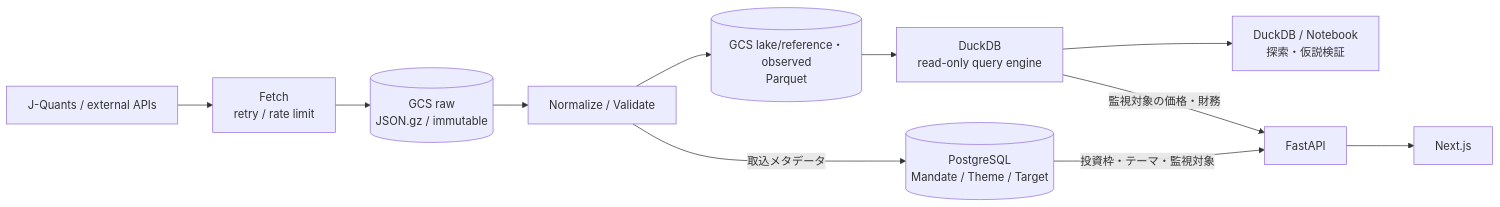
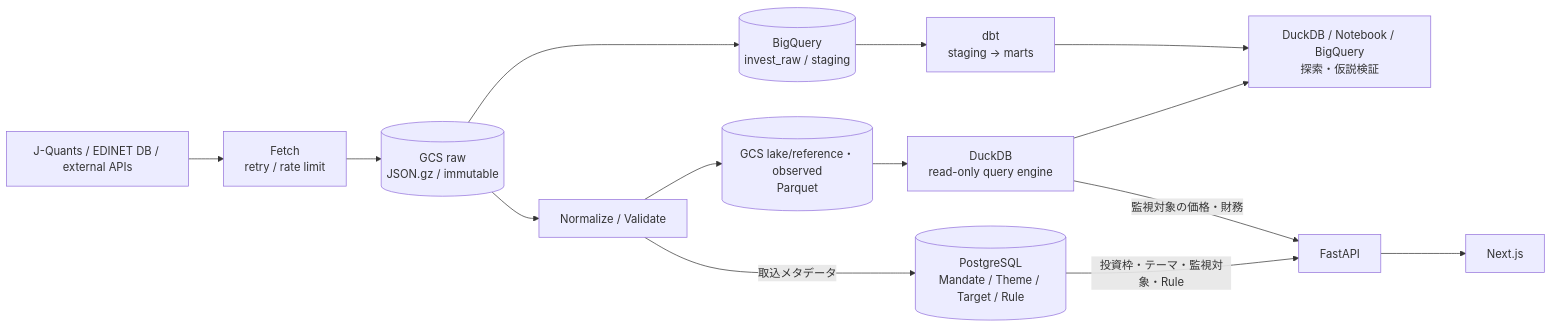
Before and after one commit to 3110mmn/invest-monitoring-platform: the diagram in docs/data/design-principles.md, drawn with Mermaid. The commit also changed other lines of this file and 89 other files, not shown here.

````diff
--- a/docs/data/design-principles.md
+++ b/docs/data/design-principles.md
@@ -101,23 +146,26 @@
 ```mermaid
 flowchart LR
-    Sources["J-Quants / external APIs"]
+    Sources["J-Quants / EDINET DB / external APIs"]
     Fetch["Fetch<br/>retry / rate limit"]
     Raw[("GCS raw<br/>JSON.gz / immutable")]
     Transform["Normalize / Validate"]
-    AppDB[("PostgreSQL<br/>Mandate / Theme / Target")]
+    AppDB[("PostgreSQL<br/>Mandate / Theme / Target / Rule")]
     Observed[("GCS lake/reference・observed<br/>Parquet")]
     DuckDB["DuckDB<br/>read-only query engine"]
-    Explore["DuckDB / Notebook<br/>探索・仮説検証"]
+    BQ[("BigQuery<br/>invest_raw / staging")]
+    DBT["dbt<br/>staging → marts"]
+    Explore["DuckDB / Notebook / BigQuery<br/>探索・仮説検証"]
     API["FastAPI"]
     Web["Next.js"]
 
     Sources --> Fetch --> Raw
     Raw --> Transform
     Transform --> Observed
     Transform -->|"取込メタデータ"| AppDB
-    AppDB -->|"投資枠・テーマ・監視対象"| API
+    AppDB -->|"投資枠・テーマ・監視対象・Rule"| API
     Observed --> DuckDB
     DuckDB -->|"監視対象の価格・財務"| API
     API --> Web
     DuckDB --> Explore
+    Raw --> BQ --> DBT --> Explore
 ```
````
